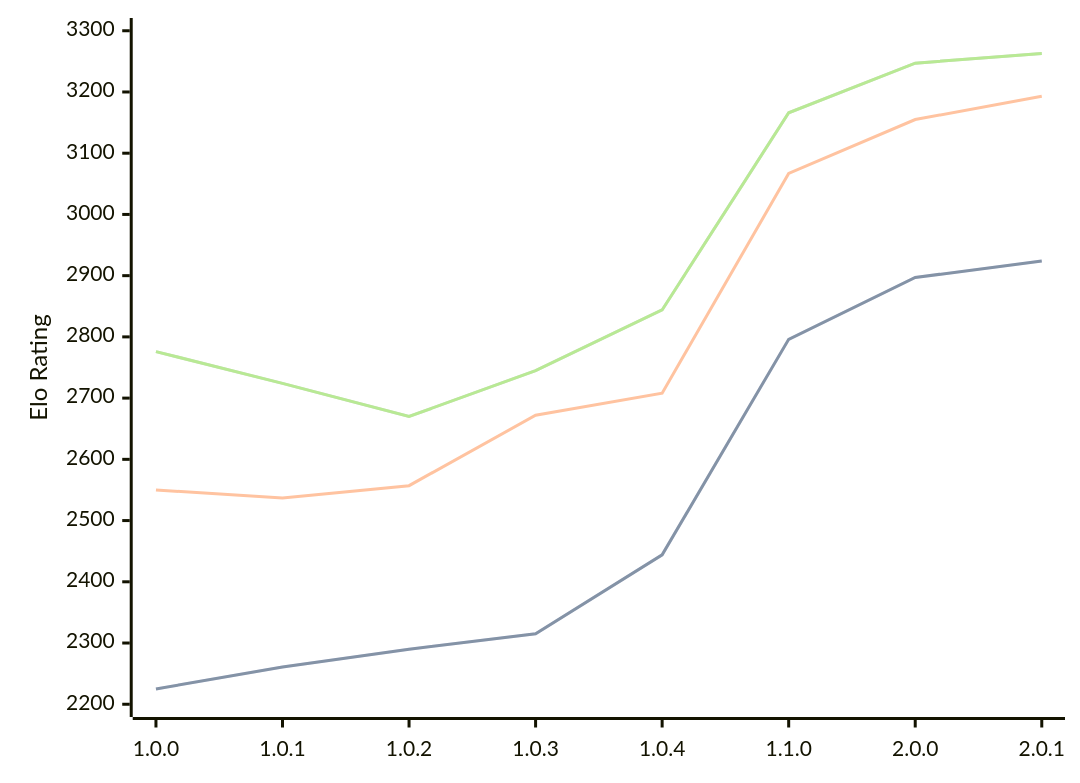
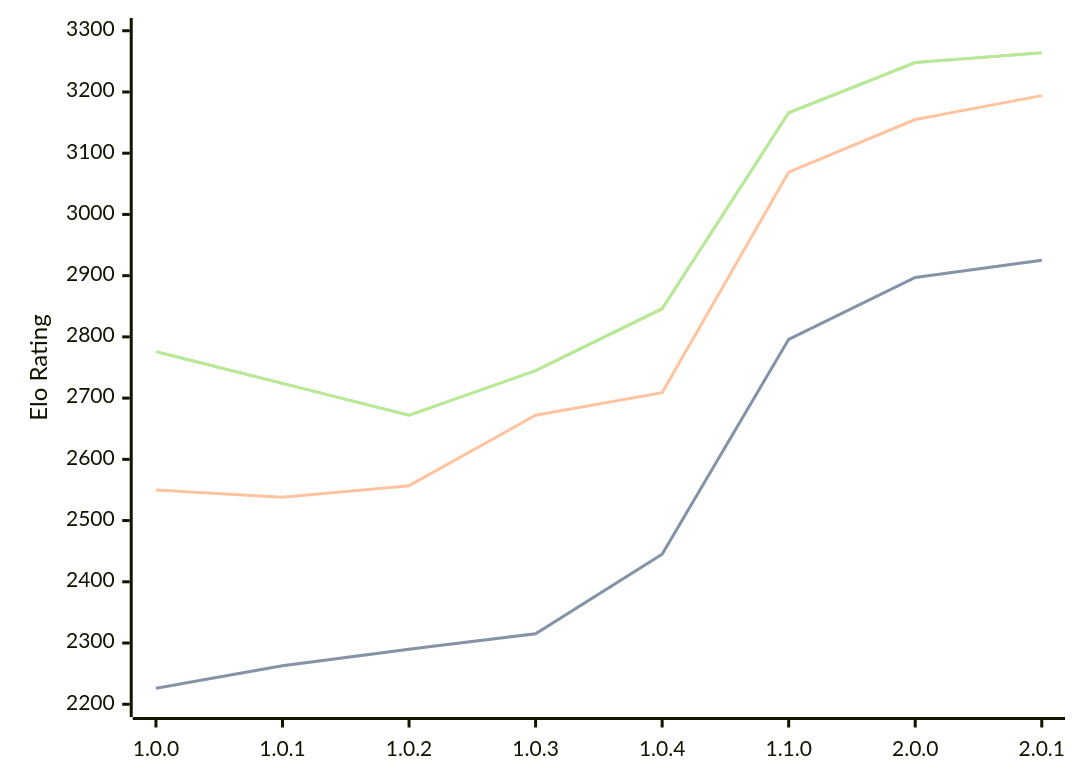
Before and after one commit to computer-chess-index/cci: the third of 3 diagrams in engines/Grail.md, drawn with Mermaid. The commit also changed other lines of this file, not shown here.

Commit message:
Update CCI Ratings (ELO VLTC) - 2026-07-02

````diff
--- a/engines/Grail.md
+++ b/engines/Grail.md
@@ -71,11 +71,11 @@
 ```mermaid
 %%{init: {"theme":"base","themeVariables":{"seriesColors:['#a3a3a3','#222221','#faa371']}}}%%
 xychart-beta
   x-axis ["1.0.0", "1.0.1", "1.0.2", "1.0.3", "1.0.4", "1.1.0", "2.0.0", "2.0.1"]
   y-axis "Elo Rating" 2200 --> 3300
-  line "STC (8.0+0.08s)" [2225, 2261, 2290, 2315, 2444, 2796, 2897, 2924]
-  line "STC (8.0+0.08s)" [2225, 2261, 2290, 2315, 2444, 2796, 2897, 2924]
-  line "LTC (60.0+0.60s)" [2550, 2537, 2557, 2672, 2708, 3067, 3155, 3193]
-  line "VLTC (2m24s+1.12s)" [2776, 2724, 2670, 2745, 2844, 3166, 3247, 3263]
-  line "VLTC (2m24s+1.12s)" [2776, 2724, 2670, 2745, 2844, 3166, 3247, 3263]
+  line "STC (8.0+0.08s)" [2226, 2263, 2290, 2315, 2445, 2796, 2897, 2925]
+  line "STC (8.0+0.08s)" [2226, 2263, 2290, 2315, 2445, 2796, 2897, 2925]
+  line "LTC (60.0+0.60s)" [2550, 2538, 2557, 2672, 2709, 3069, 3155, 3194]
+  line "VLTC (2m24s+1.12s)" [2776, 2724, 2672, 2745, 2846, 3166, 3248, 3264]
+  line "VLTC (2m24s+1.12s)" [2776, 2724, 2672, 2745, 2846, 3166, 3248, 3264]
 ```
````
